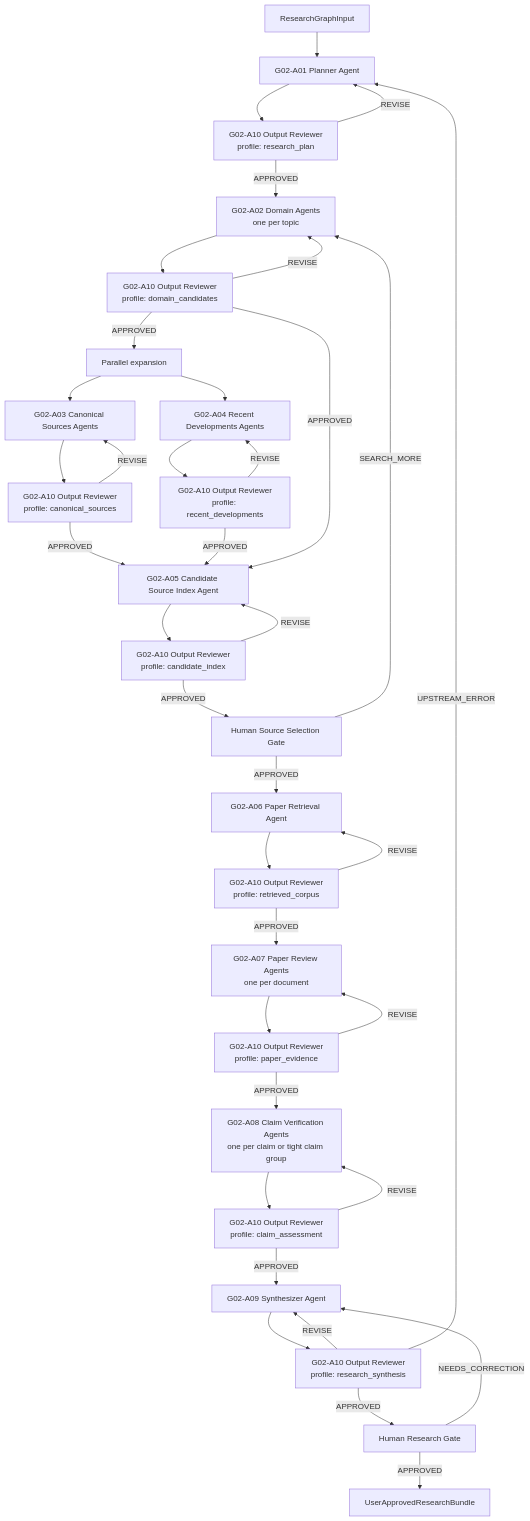
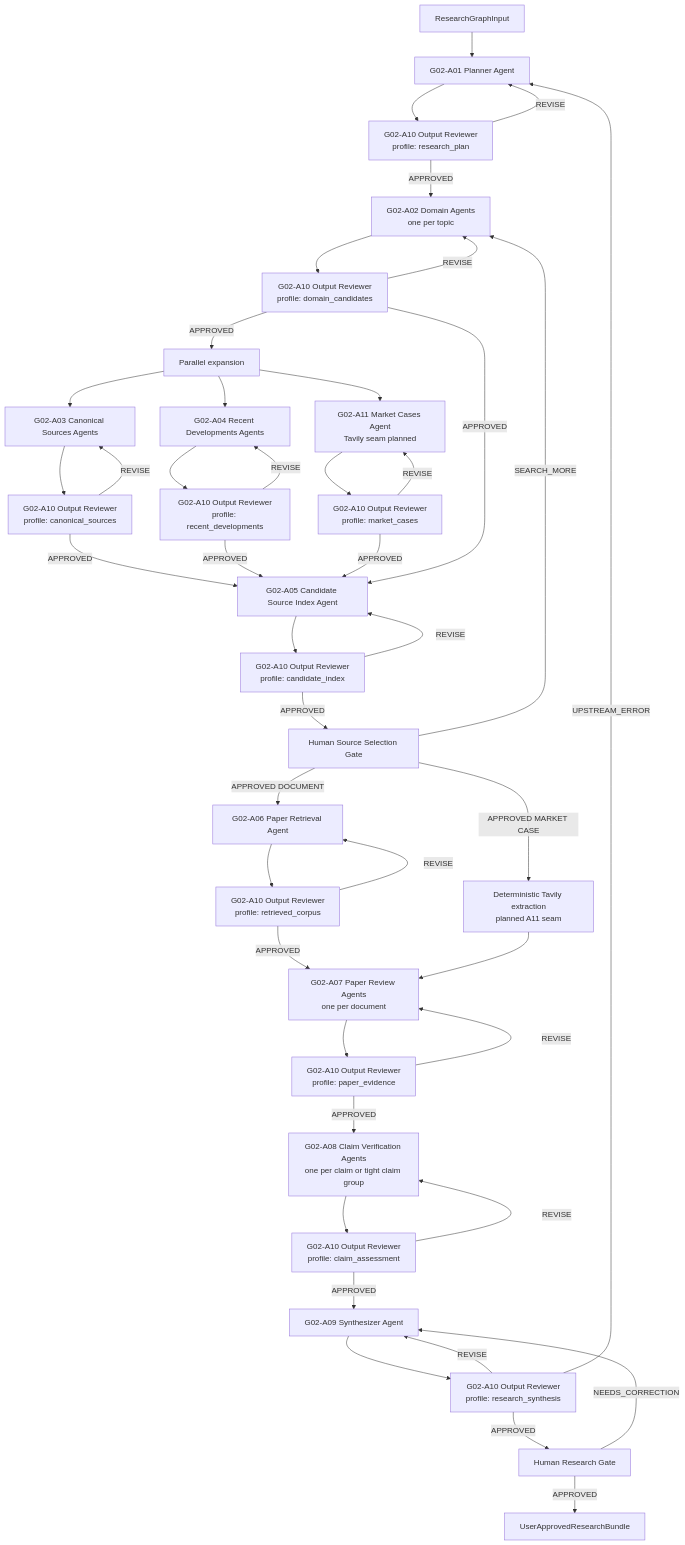
One commit to masterhudini/EduMaterialsAgents changed the diagram in docs/02_Architektura_agentow_i_skilli.md. Above: the diagram before and after it, drawn with Mermaid. The commit also changed other lines of this file and 36 other files, not shown here.

````diff
--- a/docs/02_Architektura_agentow_i_skilli.md
+++ b/docs/02_Architektura_agentow_i_skilli.md
@@ -5,48 +5,54 @@
 ```mermaid
 flowchart TD
     IN["ResearchGraphInput"] --> RP["G02-A01 Planner Agent"]
     RP --> RV1["G02-A10 Output Reviewer\nprofile: research_plan"]
     RV1 -->|REVISE| RP
     RV1 -->|APPROVED| DR["G02-A02 Domain Agents\none per topic"]
 
     DR --> RV2["G02-A10 Output Reviewer\nprofile: domain_candidates"]
     RV2 -->|REVISE| DR
     RV2 -->|APPROVED| EXP["Parallel expansion"]
 
     EXP --> CS["G02-A03 Canonical Sources Agents"]
     EXP --> RD["G02-A04 Recent Developments Agents"]
+    EXP --> MC["G02-A11 Market Cases Agent\nTavily seam planned"]
     CS --> RV3["G02-A10 Output Reviewer\nprofile: canonical_sources"]
     RD --> RV4["G02-A10 Output Reviewer\nprofile: recent_developments"]
+    MC --> RVMC["G02-A10 Output Reviewer\nprofile: market_cases"]
     RV3 -->|REVISE| CS
     RV4 -->|REVISE| RD
+    RVMC -->|REVISE| MC
 
     RV3 -->|APPROVED| IDX["G02-A05 Candidate Source Index Agent"]
     RV4 -->|APPROVED| IDX
+    RVMC -->|APPROVED| IDX
     RV2 -->|APPROVED| IDX
 
     IDX --> RV5["G02-A10 Output Reviewer\nprofile: candidate_index"]
     RV5 -->|REVISE| IDX
     RV5 -->|APPROVED| HG1["Human Source Selection Gate"]
     HG1 -->|SEARCH_MORE| DR
-    HG1 -->|APPROVED| PR["G02-A06 Paper Retrieval Agent"]
+    HG1 -->|APPROVED DOCUMENT| PR["G02-A06 Paper Retrieval Agent"]
+    HG1 -->|APPROVED MARKET CASE| WEX["Deterministic Tavily extraction\nplanned A11 seam"]
 
     PR --> RV6["G02-A10 Output Reviewer\nprofile: retrieved_corpus"]
     RV6 -->|REVISE| PR
     RV6 -->|APPROVED| PRA["G02-A07 Paper Review Agents\none per document"]
+    WEX --> PRA
 
     PRA --> RV7["G02-A10 Output Reviewer\nprofile: paper_evidence"]
     RV7 -->|REVISE| PRA
     RV7 -->|APPROVED| CV["G02-A08 Claim Verification Agents\none per claim or tight claim group"]
 
     CV --> RV8["G02-A10 Output Reviewer\nprofile: claim_assessment"]
     RV8 -->|REVISE| CV
     RV8 -->|APPROVED| RS["G02-A09 Synthesizer Agent"]
 
     RS --> RV9["G02-A10 Output Reviewer\nprofile: research_synthesis"]
     RV9 -->|REVISE| RS
     RV9 -->|UPSTREAM_ERROR| RP
     RV9 -->|APPROVED| HG2["Human Research Gate"]
 
     HG2 -->|NEEDS_CORRECTION| RS
     HG2 -->|APPROVED| OUT["UserApprovedResearchBundle"]
 ```
````
